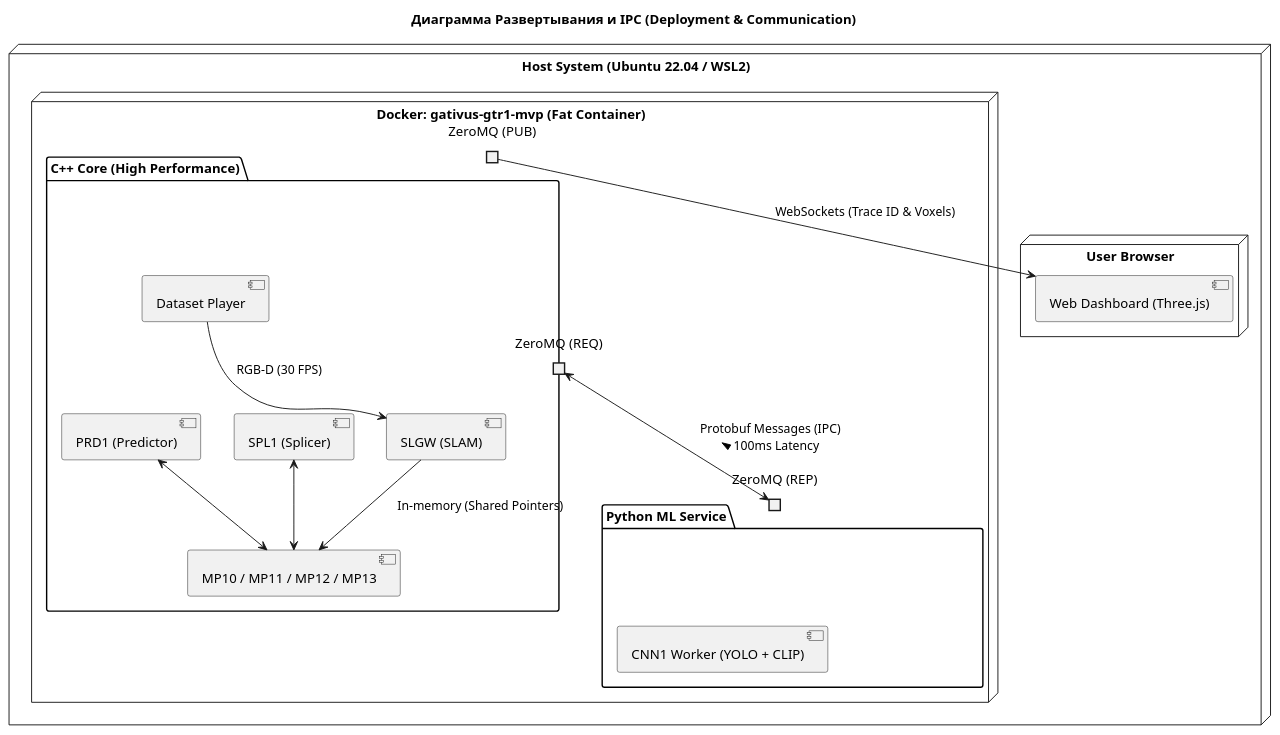
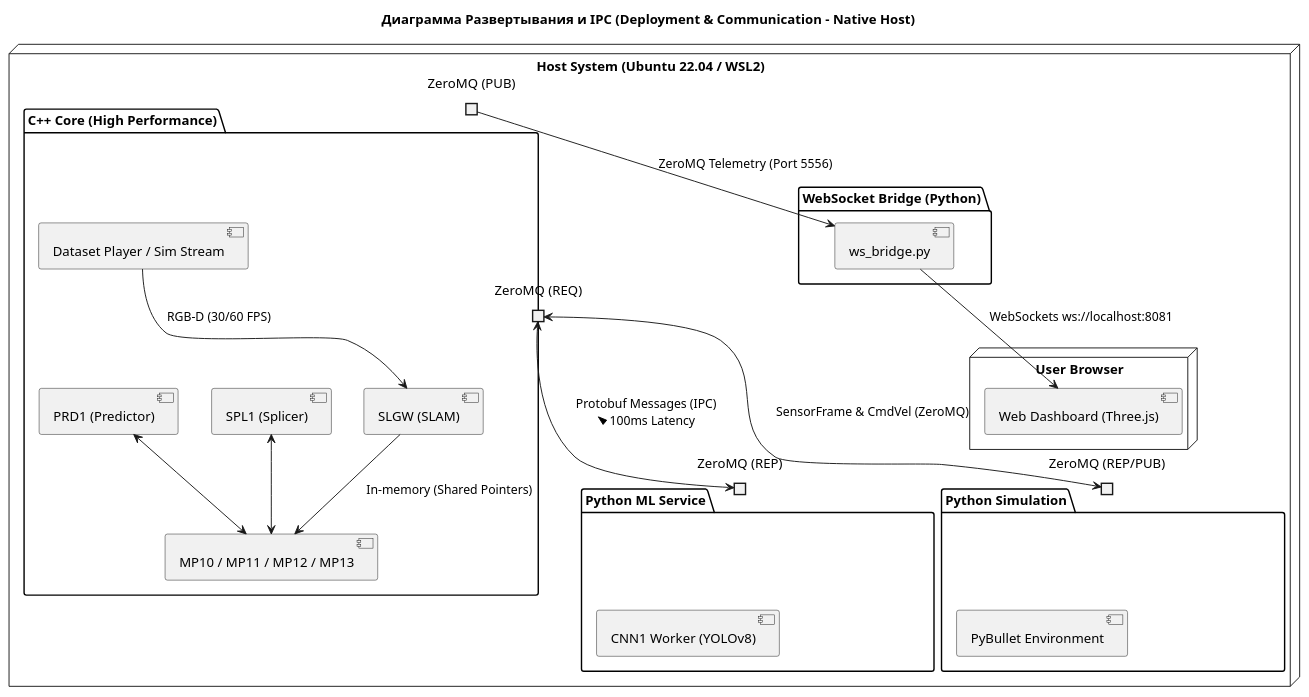
The diagram in 01_architecture/deployment.puml (hedeks/demonstration_GTR1), drawn with PlantUML before and after one commit. The commit also changed 7 other files, not shown here.

Commit message:
refactor(infra): remove Docker and transition to native host execution architecture

```diff
--- a/01_architecture/deployment.puml
+++ b/01_architecture/deployment.puml
@@ -1,37 +1,45 @@
 @startuml Deployment_Architecture
 skinparam nodeBackgroundColor white
 skinparam componentStyle uml2
 
-title Диаграмма Развертывания и IPC (Deployment & Communication)
+title Диаграмма Развертывания и IPC (Deployment & Communication - Native Host)
 
 node "Host System (Ubuntu 22.04 / WSL2)" {
   
-  node "Docker: gativus-gtr1-mvp (Fat Container)" {
+  package "C++ Core (High Performance)" {
+    [Dataset Player / Sim Stream] --> [SLGW (SLAM)] : RGB-D (30/60 FPS)
+    [SLGW (SLAM)] --> [MP10 / MP11 / MP12 / MP13] : In-memory (Shared Pointers)
+    [SPL1 (Splicer)] <--> [MP10 / MP11 / MP12 / MP13]
+    [PRD1 (Predictor)] <--> [MP10 / MP11 / MP12 / MP13]
     
-    package "C++ Core (High Performance)" {
-      [Dataset Player] --> [SLGW (SLAM)] : RGB-D (30 FPS)
-      [SLGW (SLAM)] --> [MP10 / MP11 / MP12 / MP13] : In-memory (Shared Pointers)
-      [SPL1 (Splicer)] <--> [MP10 / MP11 / MP12 / MP13]
-      [PRD1 (Predictor)] <--> [MP10 / MP11 / MP12 / MP13]
-      
-      portout "ZeroMQ (REQ)" as ZMQ_REQ
-      portin "ZeroMQ (PUB)" as ZMQ_PUB
-    }
-    
-    package "Python ML Service" {
-      component "CNN1 Worker (YOLO + CLIP)" as CNN1
-      portin "ZeroMQ (REP)" as ZMQ_REP
-    }
-    
-    ZMQ_REQ <--> ZMQ_REP : "Protobuf Messages (IPC)\n< 100ms Latency"
-    
+    portout "ZeroMQ (REQ)" as ZMQ_REQ
+    portin "ZeroMQ (PUB)" as ZMQ_PUB
   }
+  
+  package "Python ML Service" {
+    component "CNN1 Worker (YOLOv8)" as CNN1
+    portin "ZeroMQ (REP)" as ZMQ_REP
+  }
+
+  package "Python Simulation" {
+    component "PyBullet Environment" as SimEnv
+    portin "ZeroMQ (REP/PUB)" as ZMQ_SIM
+  }
+  
+  ZMQ_REQ <--> ZMQ_REP : "Protobuf Messages (IPC)\n< 100ms Latency"
+  ZMQ_REQ <--> ZMQ_SIM : "SensorFrame & CmdVel (ZeroMQ)"
+  
+  package "WebSocket Bridge (Python)" {
+    component "ws_bridge.py" as WSBridge
+  }
+
+  ZMQ_PUB --> WSBridge : "ZeroMQ Telemetry (Port 5556)"
   
   node "User Browser" {
     [Web Dashboard (Three.js)]
   }
   
-  ZMQ_PUB --> [Web Dashboard (Three.js)] : "WebSockets (Trace ID & Voxels)"
+  WSBridge --> [Web Dashboard (Three.js)] : "WebSockets ws://localhost:8081"
 }
 
 @enduml
```
